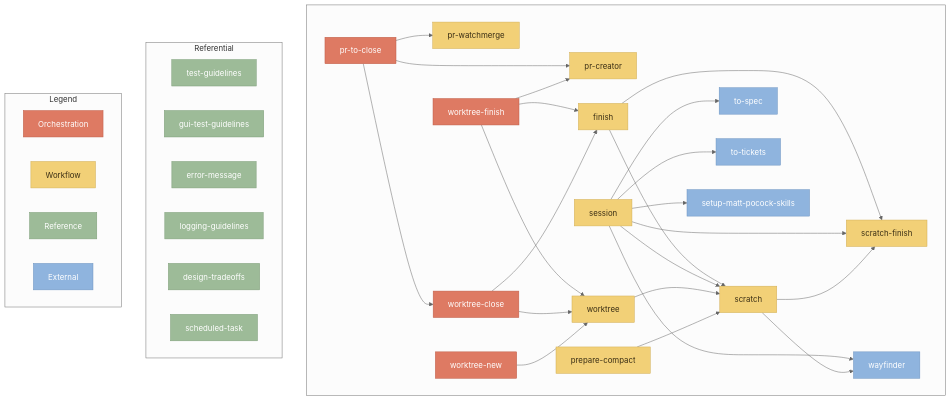
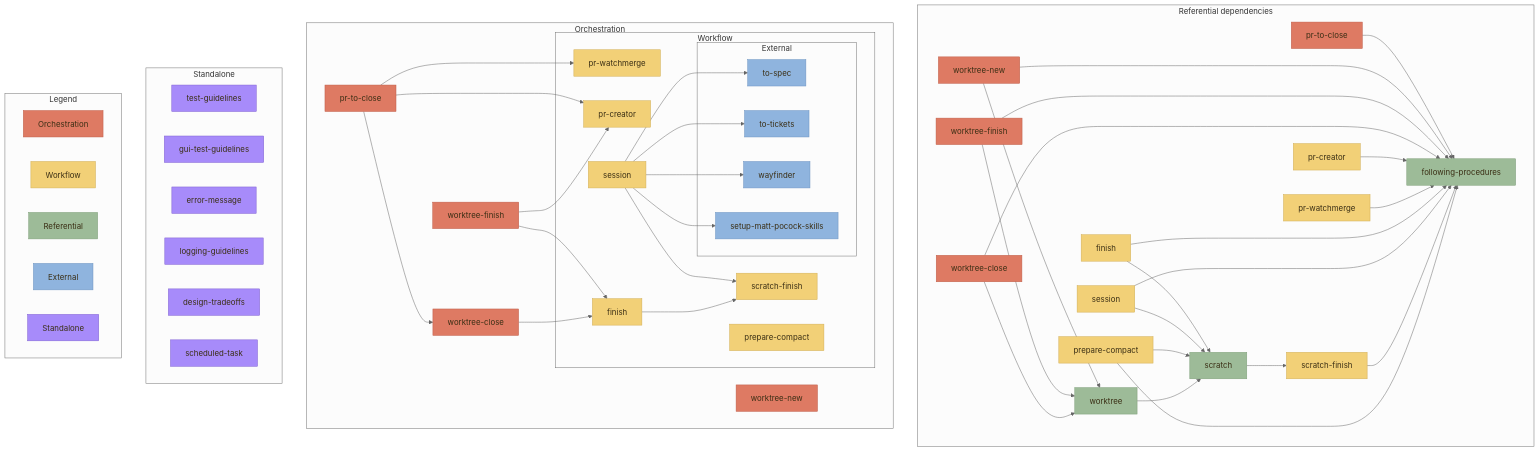
Before and after one commit to FAZuH/agent: the diagram in docs/diagrams/skill-relations.mmd, drawn with Mermaid. The commit also changed 2 other files, not shown here.

Commit message:
docs: re-categorize skills into referential/standalone

```diff
--- a/docs/diagrams/skill-relations.mmd
+++ b/docs/diagrams/skill-relations.mmd
@@ -1,76 +1,112 @@
 ---
 config:
   theme: 'neutral'
 ---
 flowchart TD
-    subgraph skills[" "]
+    subgraph refdeps["Referential dependencies"]
+        direction LR
+        following_procedures["following-procedures"]
+        scratch["scratch"]
+        worktree["worktree"]
+
+        pr_to_close_r["pr-to-close"]
+        worktree_new_r["worktree-new"]
+        worktree_finish_r["worktree-finish"]
+        worktree_close_r["worktree-close"]
+        pr_creator_r["pr-creator"]
+        pr_watchmerge_r["pr-watchmerge"]
+        finish_r["finish"]
+        session_r["session"]
+        scratch_finish_r["scratch-finish"]
+        prepare_compact_r["prepare-compact"]
+
+        pr_to_close_r --> following_procedures
+        worktree_new_r --> following_procedures
+        worktree_finish_r --> following_procedures
+        worktree_close_r --> following_procedures
+        pr_creator_r --> following_procedures
+        pr_watchmerge_r --> following_procedures
+        finish_r --> following_procedures
+        session_r --> following_procedures
+        scratch_finish_r --> following_procedures
+        prepare_compact_r --> following_procedures
+
+        worktree_new_r --> worktree
+        worktree_finish_r --> worktree
+        worktree_close_r --> worktree
+
+        finish_r --> scratch
+        session_r --> scratch
+        prepare_compact_r --> scratch
+        worktree --> scratch
+        scratch --> scratch_finish_r
+    end
+
+    subgraph orchestration["Orchestration"]
         pr_to_close["pr-to-close"]
         worktree_new["worktree-new"]
         worktree_finish["worktree-finish"]
-        pr_creator["pr-creator"]
-        pr_watchmerge["pr-watchmerge"]
         worktree_close["worktree-close"]
-        worktree["worktree"]
-        finish["finish"]
-        session["session"]
-        scratch["scratch"]
-        scratch_finish["scratch-finish"]
-        prepare_compact["prepare-compact"]
-        to_spec["to-spec"]
-        to_tickets["to-tickets"]
-        wayfinder["wayfinder"]
-        setup_matt_pocock_skills["setup-matt-pocock-skills"]
+        subgraph workflow["Workflow"]
+            pr_creator["pr-creator"]
+            pr_watchmerge["pr-watchmerge"]
+            finish["finish"]
+            session["session"]
+            scratch_finish["scratch-finish"]
+            prepare_compact["prepare-compact"]
+            subgraph external["External"]
+                to_spec["to-spec"]
+                to_tickets["to-tickets"]
+                wayfinder["wayfinder"]
+                setup_matt_pocock_skills["setup-matt-pocock-skills"]
+            end
+        end
     end
 
-    subgraph referential["Referential"]
+    pr_to_close --> pr_watchmerge
+    pr_to_close --> pr_creator
+    pr_to_close --> worktree_close
+
+    worktree_finish --> pr_creator
+    worktree_finish --> finish
+
+    worktree_close --> finish
+    session --> scratch_finish
+    finish --> scratch_finish
+    session --> to_spec
+    session --> to_tickets
+    session --> wayfinder
+    session --> setup_matt_pocock_skills
+
+    subgraph standalone["Standalone"]
         test_guidelines["test-guidelines"]
         gui_test_guidelines["gui-test-guidelines"]
         error_message["error-message"]
         logging_guidelines["logging-guidelines"]
         design_tradeoffs["design-tradeoffs"]
         scheduled_task["scheduled-task"]
     end
 
-    pr_to_close --> pr_creator
-    pr_to_close --> pr_watchmerge
-    pr_to_close --> worktree_close
-
-    worktree_finish --> worktree
-    worktree_finish --> pr_creator
-    worktree_finish --> finish
-
-    worktree_close --> finish
-    worktree_close --> worktree
-
-    worktree_new --> worktree
-
-    finish --> scratch
-    finish --> scratch_finish
-    session --> scratch
-    session --> scratch_finish
-    scratch --> scratch_finish
-    worktree --> scratch
-    prepare_compact --> scratch
-
-    session --> to_spec
-    session --> to_tickets
-    session --> wayfinder
-    session --> setup_matt_pocock_skills
-    scratch --> wayfinder
-
     subgraph legend["Legend"]
+        direction LR
         L_orch["Orchestration"]
         L_work["Workflow"]
-        L_ref["Reference"]
+        L_ref["Referential"]
         L_ext["External"]
+        L_standalone["Standalone"]
     end
 
-    classDef orchestration fill:#DE7A63,stroke:#BE5D48,color:#FFFFFF
+    classDef orchestration fill:#DE7A63,stroke:#BE5D48,color:#3A2E14
     classDef workflow fill:#F2D077,stroke:#D1AD54,color:#3A2E14
-    classDef reference fill:#9DBB98,stroke:#7B9C76,color:#FFFFFF
-    classDef external fill:#8FB4DE,stroke:#6C93C0,color:#FFFFFF
+    classDef referential fill:#9DBB98,stroke:#7B9C76,color:#3A2E14
+    classDef external fill:#8FB4DE,stroke:#6C93C0,color:#3A2E14
+    classDef standalone fill:#A78BFA,stroke:#7E5FD0,color:#3A2E14
 
     class L_orch,pr_to_close,worktree_new,worktree_finish,worktree_close orchestration
-    class L_work,pr_creator,pr_watchmerge,worktree,finish,session,scratch,scratch_finish,prepare_compact workflow
-    class L_ref,test_guidelines,gui_test_guidelines,error_message,logging_guidelines,design_tradeoffs,scheduled_task reference
+    class L_work,pr_creator,pr_watchmerge,finish,session,scratch_finish,prepare_compact workflow
+    class L_ref,following_procedures,scratch,worktree referential
+    class L_standalone,test_guidelines,gui_test_guidelines,error_message,logging_guidelines,design_tradeoffs,scheduled_task standalone
     class L_ext,to_spec,to_tickets,wayfinder,setup_matt_pocock_skills external
+
+    class pr_to_close_r,worktree_new_r,worktree_finish_r,worktree_close_r orchestration
+    class pr_creator_r,pr_watchmerge_r,finish_r,session_r,scratch_finish_r,prepare_compact_r workflow
```
